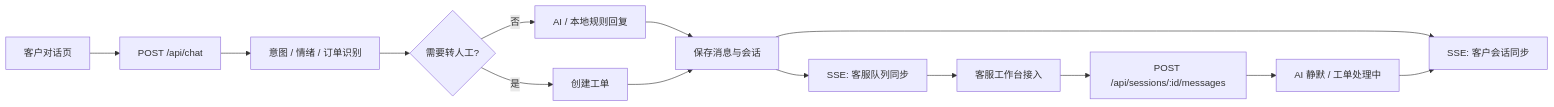
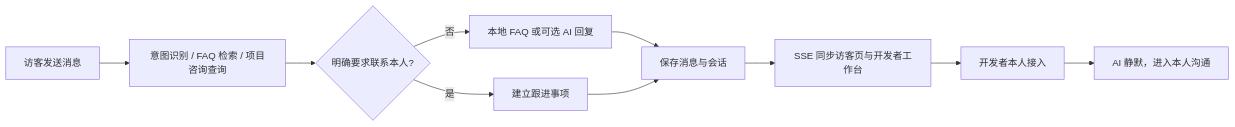
One commit to suijiafeng/ai-customer-support-chat changed the diagram in README.md. Above: the diagram before and after it, drawn with Mermaid. The commit also changed other lines of this file and 1 other file, not shown here.

````diff
--- a/README.md
+++ b/README.md
@@ -49,16 +132,12 @@
 ```mermaid
 flowchart LR
-  A["客户对话页"] --> B["POST /api/chat"]
-  B --> C["意图 / 情绪 / 订单识别"]
-  C --> D{"需要转人工?"}
-  D -- 否 --> E["AI / 本地规则回复"]
-  D -- 是 --> F["创建工单"]
-  E --> G["保存消息与会话"]
-  F --> G
-  G --> H["SSE: 客户会话同步"]
-  G --> I["SSE: 客服队列同步"]
-  I --> J["客服工作台接入"]
-  J --> K["POST /api/sessions/:id/messages"]
-  K --> L["AI 静默 / 工单处理中"]
-  L --> H
+  A["访客发送消息"] --> B["意图识别 / FAQ 检索 / 项目咨询查询"]
+  B --> C{"明确要求联系本人?"}
+  C -- 否 --> D["本地 FAQ 或可选 AI 回复"]
+  C -- 是 --> E["建立跟进事项"]
+  D --> F["保存消息与会话"]
+  E --> F
+  F --> G["SSE 同步访客页与开发者工作台"]
+  G --> H["开发者本人接入"]
+  H --> I["AI 静默，进入本人沟通"]
 ```
````
